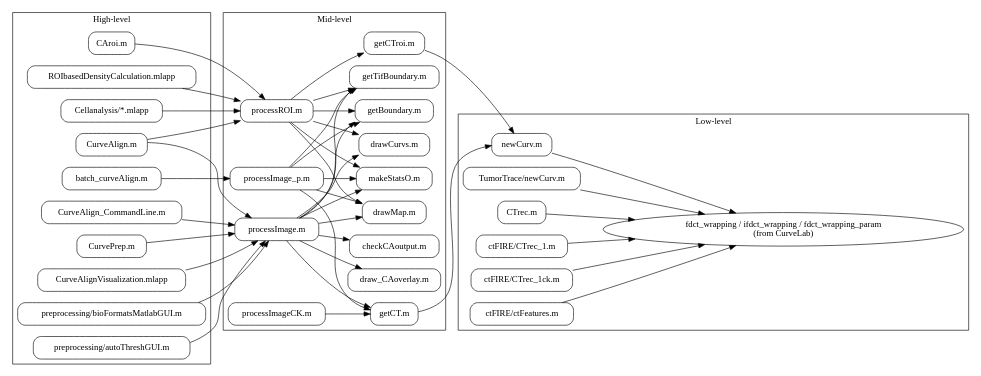
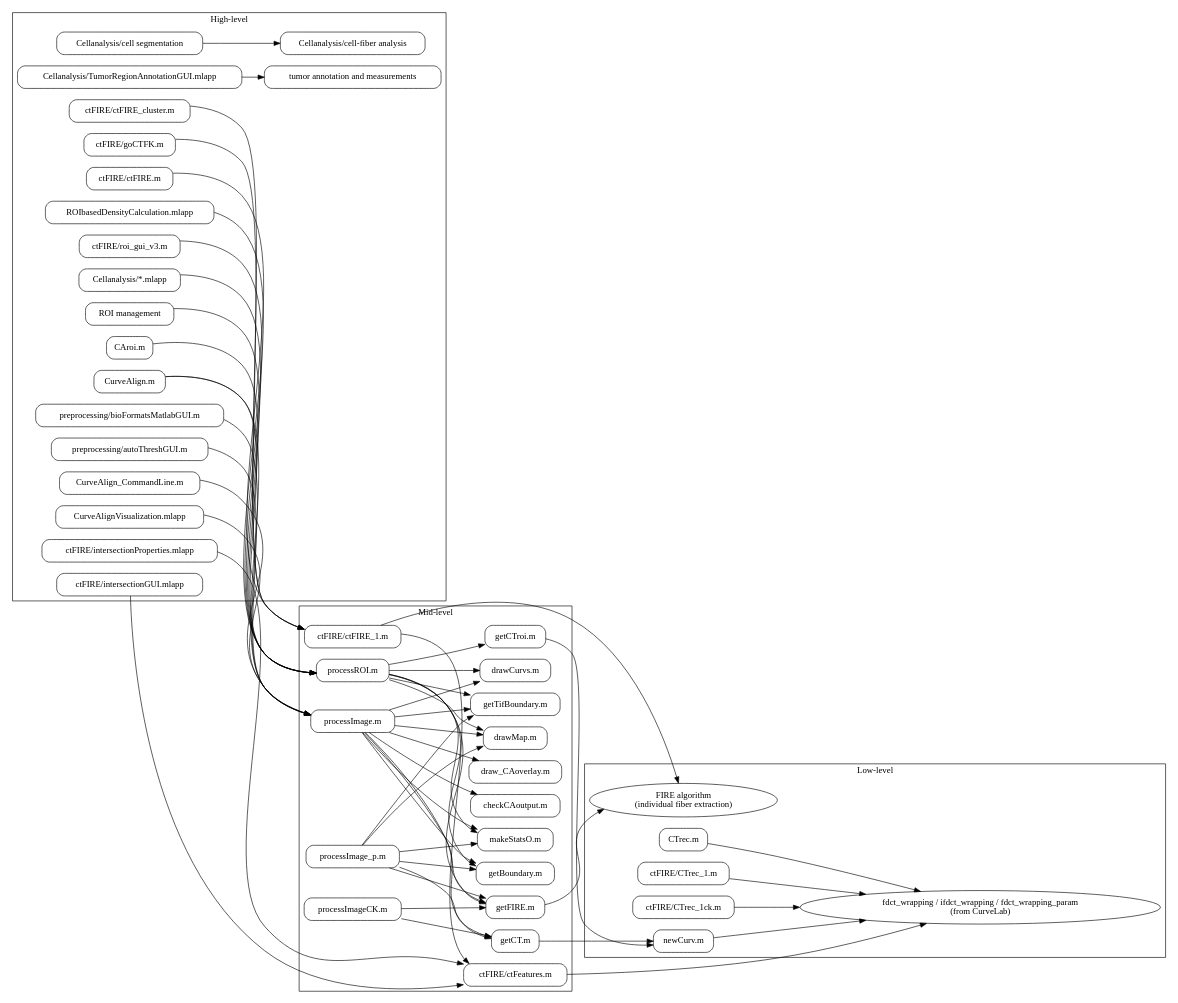
The diagram in Curvelets_API/api_graph.dot (uw-loci/curvelets), drawn with Graphviz before and after one commit. The commit also changed 2 other files, not shown here.

Commit message:
Update API architecture: move CT-FIRE to high-level, add getFIRE connections, remove deprecated modules, organize by functional modules

```diff
--- a/Curvelets_API/api_graph.dot
+++ b/Curvelets_API/api_graph.dot
@@ -1,96 +1,146 @@
 digraph CurveletsAPI {
   rankdir=LR;
   node [shape=box, style=rounded];
 
   subgraph cluster_high {
     label="High-level";
     CA[label="CurveAlign.m"];
     CAroi[label="CAroi.m"];
     CAcli[label="CurveAlign_CommandLine.m"];
-    Batch[label="batch_curveAlign.m"];
-    CurvePrep[label="CurvePrep.m"];
     GUI1[label="CurveAlignVisualization.mlapp"];
     ROIgui[label="ROIbasedDensityCalculation.mlapp"];
+    
+    // CT-FIRE module (high-level)
+    CTFIRE[label="ctFIRE/ctFIRE.m"];
+    CTFIREcluster[label="ctFIRE/ctFIRE_cluster.m"];
+    CTFIREgui[label="ctFIRE/roi_gui_v3.m"];
+    CTFIREgo[label="ctFIRE/goCTFK.m"];
+    CTFIREintersect[label="ctFIRE/intersectionGUI.mlapp"];
+    CTFIREprops[label="ctFIRE/intersectionProperties.mlapp"];
+    
+    // Cell analysis module
     CellGUI[label="Cellanalysis/*.mlapp"];
+    CellSeg[label="Cellanalysis/cell segmentation"];
+    CellFiber[label="Cellanalysis/cell-fiber analysis"];
+    
+    // ROI management module
+    ROIMgmt[label="ROI management"];
+    
+    // Tumor annotation module
+    TumorAnnot[label="Cellanalysis/TumorRegionAnnotationGUI.mlapp"];
+    TumorMeas[label="tumor annotation and measurements"];
+    
+    // Preprocessing module
     PrepGUI[label="preprocessing/bioFormatsMatlabGUI.m"];
     ThreshGUI[label="preprocessing/autoThreshGUI.m"];
   }
 
   subgraph cluster_mid {
     label="Mid-level";
     PImg[label="processImage.m"];
     PROI[label="processROI.m"];
     PPar[label="processImage_p.m"];
     PCK[label="processImageCK.m"];
     GetCT[label="getCT.m"];
     GetCTroi[label="getCTroi.m"];
+    GetFIRE[label="getFIRE.m"];
     GB[label="getBoundary.m"];
     GTB[label="getTifBoundary.m"];
     DrawMap[label="drawMap.m"];
     DrawCurv[label="drawCurvs.m"];
     Stats[label="makeStatsO.m"];
     DrawOverlay[label="draw_CAoverlay.m"];
     CheckFiles[label="checkCAoutput.m"];
+    
+    // CT-FIRE mid-level processing
+    CTFIREprocess[label="ctFIRE/ctFIRE_1.m"];
+    CTFIREfeatures[label="ctFIRE/ctFeatures.m"];
   }
 
   subgraph cluster_low {
     label="Low-level";
     NewCurv[label="newCurv.m"];
-    NewCurvTT[label="TumorTrace/newCurv.m"];
     CTrec[label="CTrec.m"];
     CTrec1[label="ctFIRE/CTrec_1.m"];
     CTrec1ck[label="ctFIRE/CTrec_1ck.m"];
-    CtFeat[label="ctFIRE/ctFeatures.m"];
     FDCT[label="fdct_wrapping / ifdct_wrapping / fdct_wrapping_param\n(from CurveLab)", shape=ellipse];
+    
+    // FIRE algorithm (low-level fiber extraction)
+    FIRE[label="FIRE algorithm\n(individual fiber extraction)", shape=ellipse];
   }
 
   // High -> Mid
   CA -> PImg;
   CA -> PROI;
   CAcli -> PImg;
   CAroi -> PROI;
-  Batch -> PPar;
-  CurvePrep -> PImg;
   GUI1 -> PImg;
   ROIgui -> PROI;
+  
+  // CT-FIRE high-level to mid-level
+  CTFIRE -> CTFIREprocess;
+  CTFIREcluster -> CTFIREprocess;
+  CTFIREgui -> PROI;
+  CTFIREgo -> CTFIREprocess;
+  CTFIREintersect -> CTFIREfeatures;
+  CTFIREprops -> CTFIREfeatures;
+  
+  // Cell analysis connections
   CellGUI -> PROI;
+  CellSeg -> CellFiber;
+  TumorAnnot -> TumorMeas;
+  
+  // ROI management
+  ROIMgmt -> PROI;
+  
+  // Preprocessing
   PrepGUI -> PImg;
   ThreshGUI -> PImg;
 
-  // Mid -> Mid/Low
+  // Mid -> Mid/Low (Curvelet-based analysis)
   PImg -> GetCT;
+  PImg -> GetFIRE;  // Can use either curvelet or CT-FIRE
   PImg -> GB;
   PImg -> GTB;
   PImg -> DrawMap;
   PImg -> DrawCurv;
   PImg -> DrawOverlay;
   PImg -> Stats;
   PImg -> CheckFiles;
 
   PROI -> GetCTroi;
+  PROI -> GetFIRE;  // Can use either curvelet or CT-FIRE
   PROI -> GB;
   PROI -> GTB;
   PROI -> DrawMap;
   PROI -> DrawCurv;
   PROI -> Stats;
 
   PPar -> GetCT;
+  PPar -> GetFIRE;
   PPar -> GB;
   PPar -> GTB;
   PPar -> DrawMap;
   PPar -> Stats;
 
   PCK -> GetCT;
+  PCK -> GetFIRE;
+  
+  // CT-FIRE processing connections
+  CTFIREprocess -> CTFIREfeatures;
+  CTFIREprocess -> FIRE;
+  CTFIREfeatures -> FDCT;
 
-  // Mid -> Low
+  // Mid -> Low (Curvelet path)
   GetCT -> NewCurv;
   GetCTroi -> NewCurv;
-
-  // Low -> CurveLab
+  
+  // Mid -> Low (CT-FIRE path)
+  GetFIRE -> FIRE;
+  
+  // Low -> External libraries
   NewCurv -> FDCT;
-  NewCurvTT -> FDCT;
   CTrec -> FDCT;
   CTrec1 -> FDCT;
   CTrec1ck -> FDCT;
-  CtFeat -> FDCT;
 }
```
